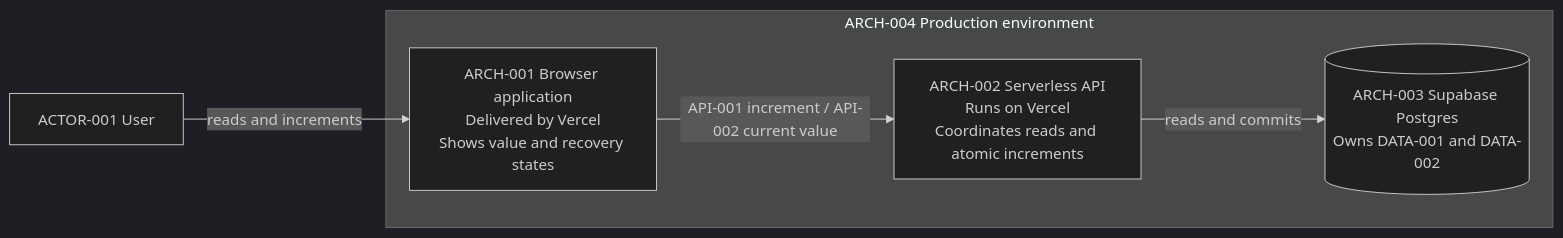
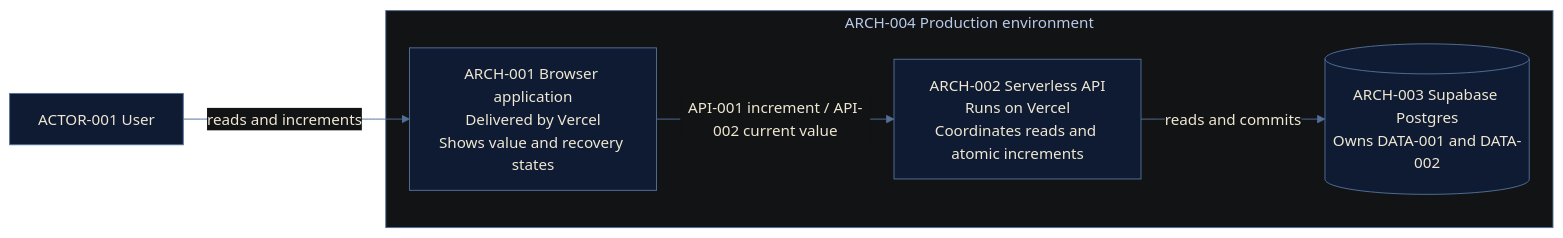
One commit to swabbiedotdev/product-intent-package changed the diagram in skills/product-intent-manager/assets/example-product-intent-package/architecture/stack-context.md. Above: the diagram before and after it, drawn with Mermaid. The commit also changed other lines of this file and 21 other files, not shown here.

````diff
--- a/skills/product-intent-manager/assets/example-product-intent-package/architecture/stack-context.md
+++ b/skills/product-intent-manager/assets/example-product-intent-package/architecture/stack-context.md
@@ -11,15 +11,25 @@
 ```mermaid
 ---
 config:
-  theme: dark
+  theme: base
+  themeVariables:
+    background: '#121314'
+    primaryColor: '#0E1B33'
+    primaryBorderColor: '#536F98'
+    primaryTextColor: '#EFE7D2'
+    textColor: '#EFE7D2'
+    lineColor: '#536F98'
+    edgeLabelBackground: '#121314'
+    clusterBkg: '#121314'
+    clusterBorder: '#536F98'
 ---
 flowchart LR
   ACTOR_001["ACTOR-001 User"] -->|reads and increments| ARCH_001
   subgraph ARCH_004["ARCH-004 Production environment"]
     ARCH_001["ARCH-001 Browser application<br/>Delivered by Vercel<br/>Shows value and recovery states"]
     ARCH_002["ARCH-002 Serverless API<br/>Runs on Vercel<br/>Coordinates reads and atomic increments"]
     ARCH_003[("ARCH-003 Supabase Postgres<br/>Owns DATA-001 and DATA-002")]
     ARCH_001 -->|API-001 increment / API-002 current value| ARCH_002
     ARCH_002 -->|reads and commits| ARCH_003
   end
 ```
````
